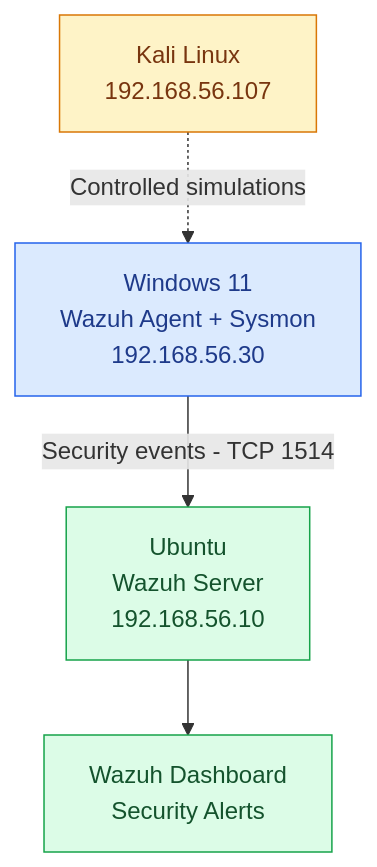
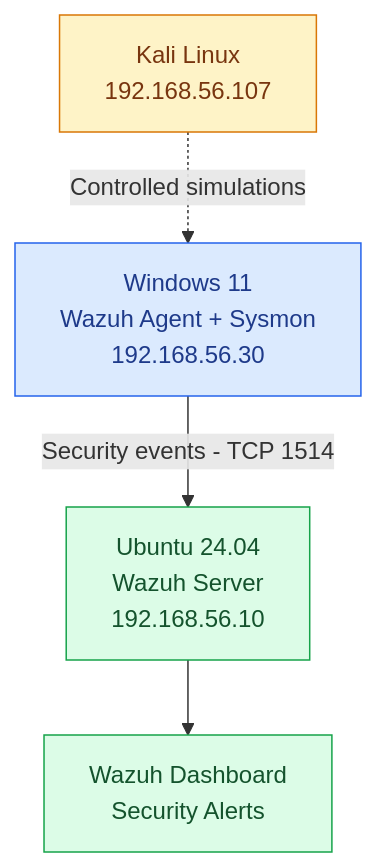
One commit to nins-nin/siem-detection-lab changed the diagram in architecture/network-architecture.md. Above: the diagram before and after it, drawn with Mermaid. The commit also changed other lines of this file, not shown here.

Commit message:
Improve network architecture documentation layout

````diff
--- a/architecture/network-architecture.md
+++ b/architecture/network-architecture.md
@@ -169,37 +157,19 @@
 ```mermaid
-
 flowchart TB
-
     K["Kali Linux<br/>192.168.56.107"]
-
     W["Windows 11<br/>Wazuh Agent + Sysmon<br/>192.168.56.30"]
-
-    S["Ubuntu<br/>Wazuh Server<br/>192.168.56.10"]
-
+    S["Ubuntu 24.04<br/>Wazuh Server<br/>192.168.56.10"]
     D["Wazuh Dashboard<br/>Security Alerts"]
 
-
-
     K -.->|Controlled simulations| W
-
     W -->|Security events - TCP 1514| S
-
     S --> D
 
-
-
+    classDef testing fill:#fef3c7,stroke:#d97706,color:#78350f
     classDef endpoint fill:#dbeafe,stroke:#2563eb,color:#1e3a8a
-
     classDef server fill:#dcfce7,stroke:#16a34a,color:#14532d
 
-    classDef testing fill:#fef3c7,stroke:#d97706,color:#78350f
-
-
-
     class K testing
-
     class W endpoint
-
     class S,D server
-
 ```
````
